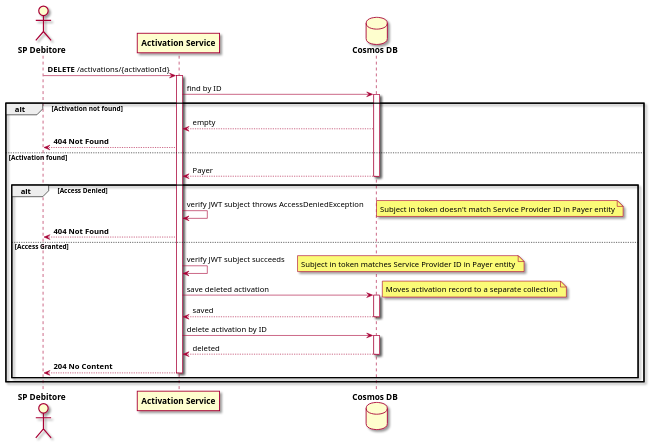
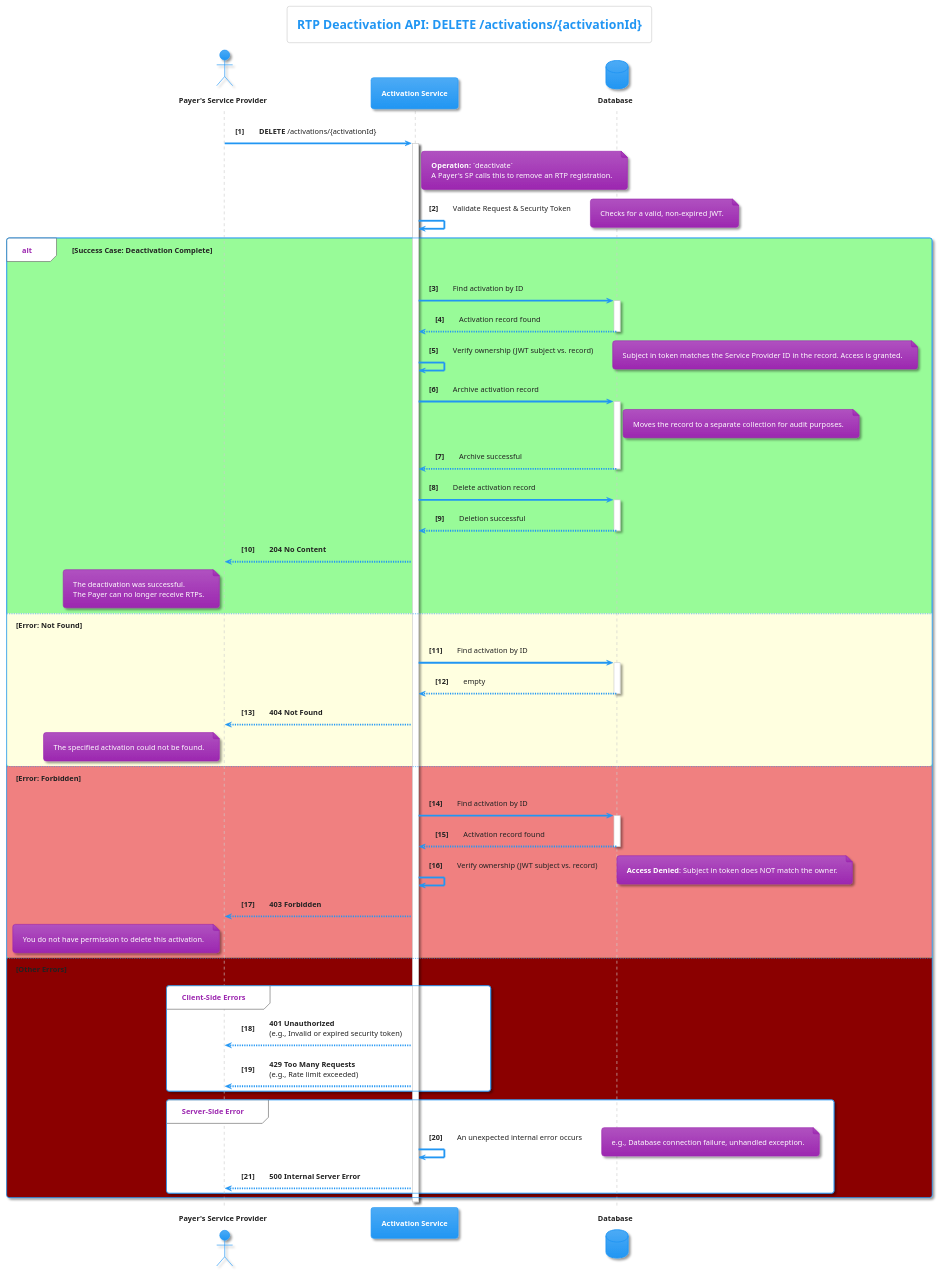
Before and after one commit to pagopa/rtp-docs: the diagram in diagrams/deactivation.puml, drawn with PlantUML. The commit also changed 13 other files, not shown here.

First line of the commit message:
[SRTP-798]: Update plum schemas. (#25)

```diff
--- a/diagrams/deactivation.puml
+++ b/diagrams/deactivation.puml
@@ -1,43 +1,96 @@
 @startuml
+' PlantUML Diagram for RTP Deactivation API
+' Title: Unified RTP Deactivation Sequence Diagram
+' Version: 2.0.0
+' Description: This diagram merges two sources to show the detailed process for a Payer's Service Provider
+'              to deactivate the RTP service for an end-user, including internal logic and all error cases.
 
-skin rose
-actor "**SP Debitore**" as SPD
+!theme materia
+
+title RTP Deactivation API: DELETE /activations/{activationId}
+
+actor "**Payer's Service Provider**" as PSP
 participant "**Activation Service**" as AS
-database "**Cosmos DB**" as DB
+database "**Database**" as DB
 
-SPD -> AS++: **DELETE** /activations/{activationId}
+autonumber "<b>[0]"
 
-AS -> DB: find by ID
-activate DB
+PSP -> AS: **DELETE** /activations/{activationId}
+activate AS
 
-alt **Activation not found**
-    DB --> AS: empty
-    AS --> SPD: **404 Not Found**
+note right of AS
+  **Operation:** `deactivate`
+  A Payer's SP calls this to remove an RTP registration.
+end note
 
-else **Activation found**
-    DB --> AS: Payer
+AS -> AS: Validate Request & Security Token
+note right: Checks for a valid, non-expired JWT.
+
+alt #palegreen **Success Case: Deactivation Complete**
+
+    AS -> DB: Find activation by ID
+    activate DB
+    DB --> AS: Activation record found
     deactivate DB
 
-    alt **Access Denied**
-        AS -> AS: verify JWT subject throws AccessDeniedException
-        note right: Subject in token doesn't match Service Provider ID in Payer entity
-        AS --> SPD: **404 Not Found**
+    AS -> AS: Verify ownership (JWT subject vs. record)
+    note right: Subject in token matches the Service Provider ID in the record. Access is granted.
 
-    else **Access Granted**
-        AS -> AS: verify JWT subject succeeds
-        note right: Subject in token matches Service Provider ID in Payer entity
+    AS -> DB: Archive activation record
+    activate DB
+    note right of DB: Moves the record to a separate collection for audit purposes.
+    DB --> AS: Archive successful
+    deactivate DB
 
-        AS -> DB++: save deleted activation
-        note right: Moves activation record to a separate collection
+    AS -> DB: Delete activation record
+    activate DB
+    DB --> AS: Deletion successful
+    deactivate DB
 
-        return saved
+    AS --> PSP: **204 No Content**
+    note left of PSP
+        The deactivation was successful.
+        The Payer can no longer receive RTPs.
+    end note
 
-        AS -> DB++: delete activation by ID
-        return deleted
+else #lightyellow **Error: Not Found**
 
-        AS --> SPD: **204 No Content**
-        deactivate AS
-    end
+    AS -> DB: Find activation by ID
+    activate DB
+    DB --> AS: empty
+    deactivate DB
+
+    AS --> PSP: **404 Not Found**
+    note left of PSP: The specified activation could not be found.
+
+else #lightcoral **Error: Forbidden**
+
+    AS -> DB: Find activation by ID
+    activate DB
+    DB --> AS: Activation record found
+    deactivate DB
+
+    AS -> AS: Verify ownership (JWT subject vs. record)
+    note right: **Access Denied**: Subject in token does NOT match the owner.
+
+    AS --> PSP: **403 Forbidden**
+    note left of PSP: You do not have permission to delete this activation.
+
+else #darkred **Other Errors**
+
+    group Client-Side Errors
+        AS --> PSP: **401 Unauthorized**\n(e.g., Invalid or expired security token)
+        AS --> PSP: **429 Too Many Requests**\n(e.g., Rate limit exceeded)
+    end group
+
+    group Server-Side Error
+        AS -> AS: An unexpected internal error occurs
+        note right: e.g., Database connection failure, unhandled exception.
+        AS --> PSP: **500 Internal Server Error**
+    end group
+
 end
 
+deactivate AS
+
 @enduml
```
